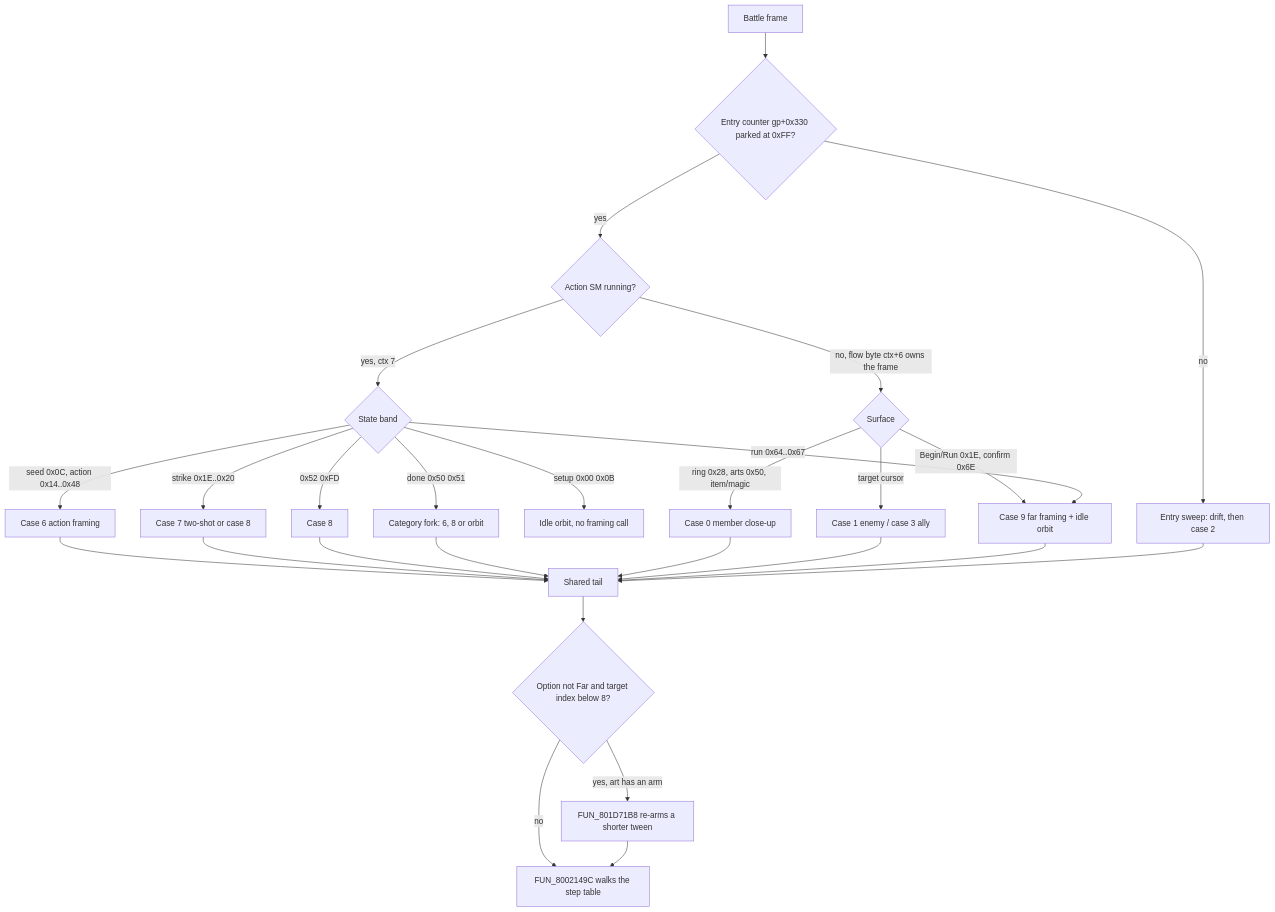
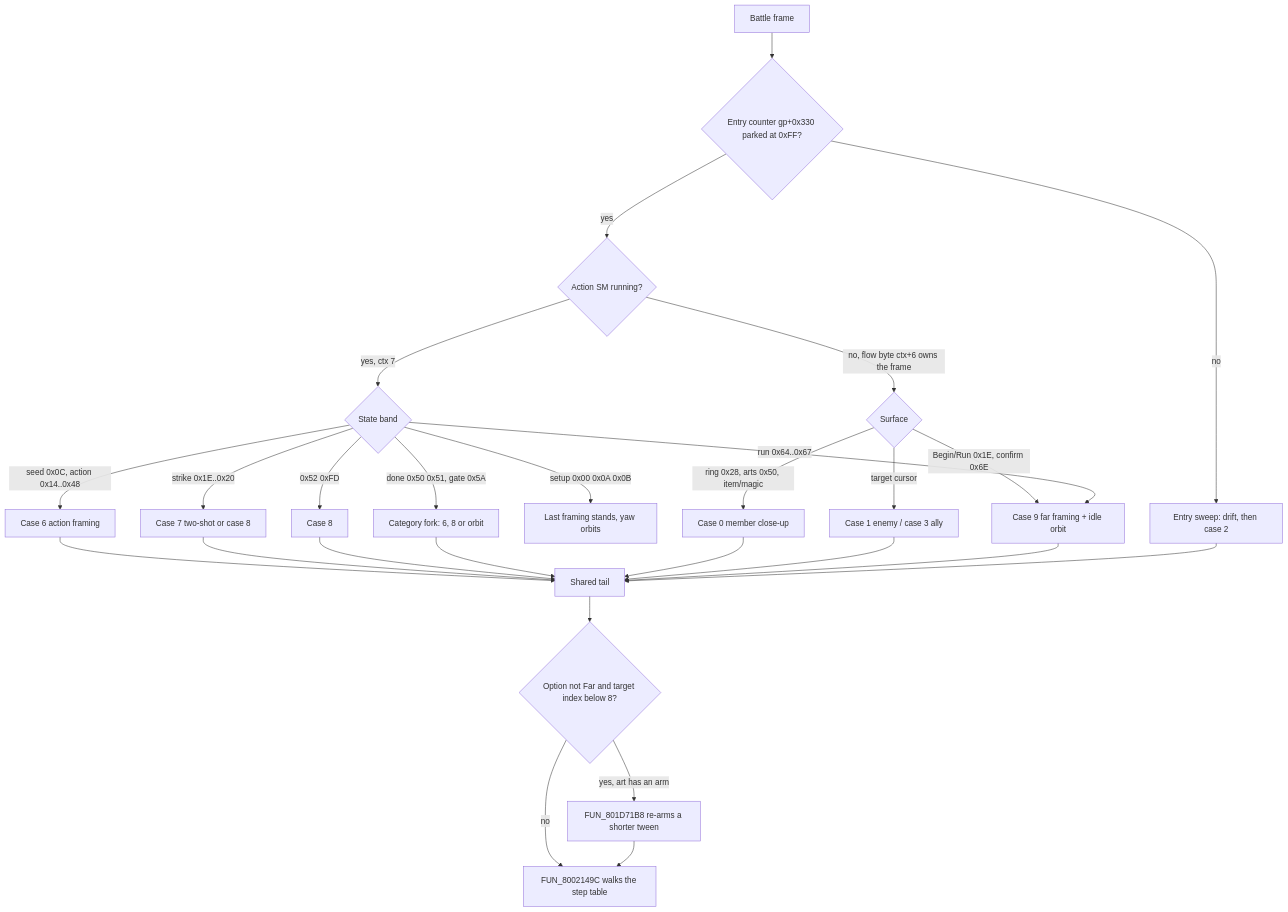
One commit to AndrewAltimit/legend-of-legaia-re changed the first of 2 diagrams in docs/subsystems/battle-stage-camera.md. Above: the diagram before and after it, drawn with Mermaid. The commit also changed other lines of this file and 605 other files, not shown here.

````diff
--- a/docs/subsystems/battle-stage-camera.md
+++ b/docs/subsystems/battle-stage-camera.md
@@ -703,29 +703,29 @@
 ```mermaid
 flowchart TD
     F["Battle frame"] --> E{"Entry counter gp+0x330 parked at 0xFF?"}
     E -- "no" --> SW["Entry sweep: drift, then case 2"]
     E -- "yes" --> A{"Action SM running?"}
     A -- "no, flow byte ctx+6 owns the frame" --> M{"Surface"}
     M -- "Begin/Run 0x1E, confirm 0x6E" --> C9["Case 9 far framing + idle orbit"]
     M -- "ring 0x28, arts 0x50, item/magic" --> C0["Case 0 member close-up"]
     M -- "target cursor" --> C13["Case 1 enemy / case 3 ally"]
     A -- "yes, ctx 7" --> S{"State band"}
-    S -- "setup 0x00 0x0B" --> OR["Idle orbit, no framing call"]
+    S -- "setup 0x00 0x0A 0x0B" --> OR["Last framing stands, yaw orbits"]
     S -- "seed 0x0C, action 0x14..0x48" --> C6["Case 6 action framing"]
     S -- "strike 0x1E..0x20" --> C78["Case 7 two-shot or case 8"]
-    S -- "done 0x50 0x51" --> DN["Category fork: 6, 8 or orbit"]
+    S -- "done 0x50 0x51, gate 0x5A" --> DN["Category fork: 6, 8 or orbit"]
     S -- "0x52 0xFD" --> C8["Case 8"]
     S -- "run 0x64..0x67" --> C9
     C6 --> T["Shared tail"]
     C78 --> T
     C8 --> T
     DN --> T
     C0 --> T
     C13 --> T
     C9 --> T
     SW --> T
     T --> AC{"Option not Far and target index below 8?"}
     AC -- "yes, art has an arm" --> PA["FUN_801D71B8 re-arms a shorter tween"]
     AC -- "no" --> W["FUN_8002149C walks the step table"]
     PA --> W
 ```
````
